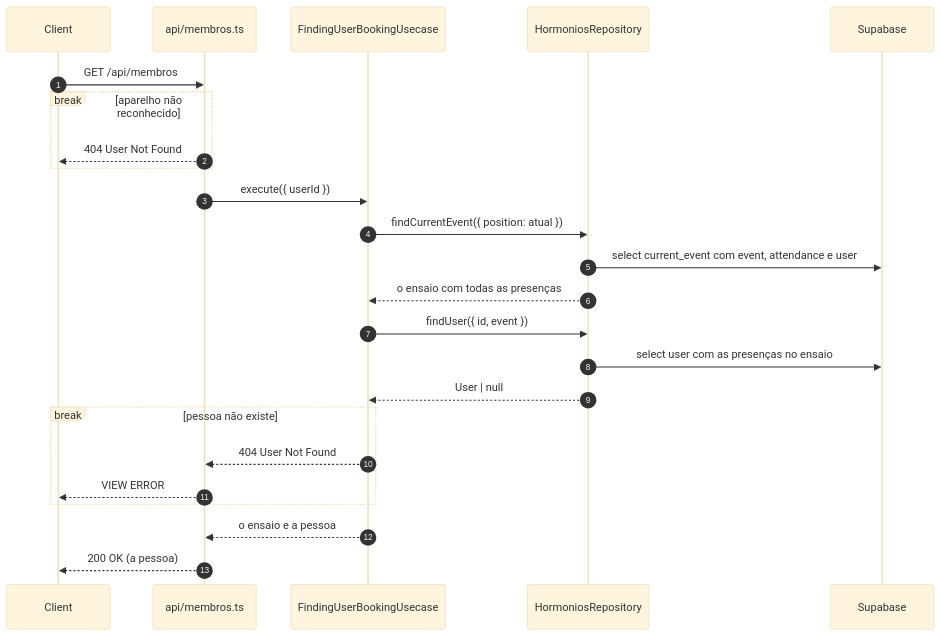
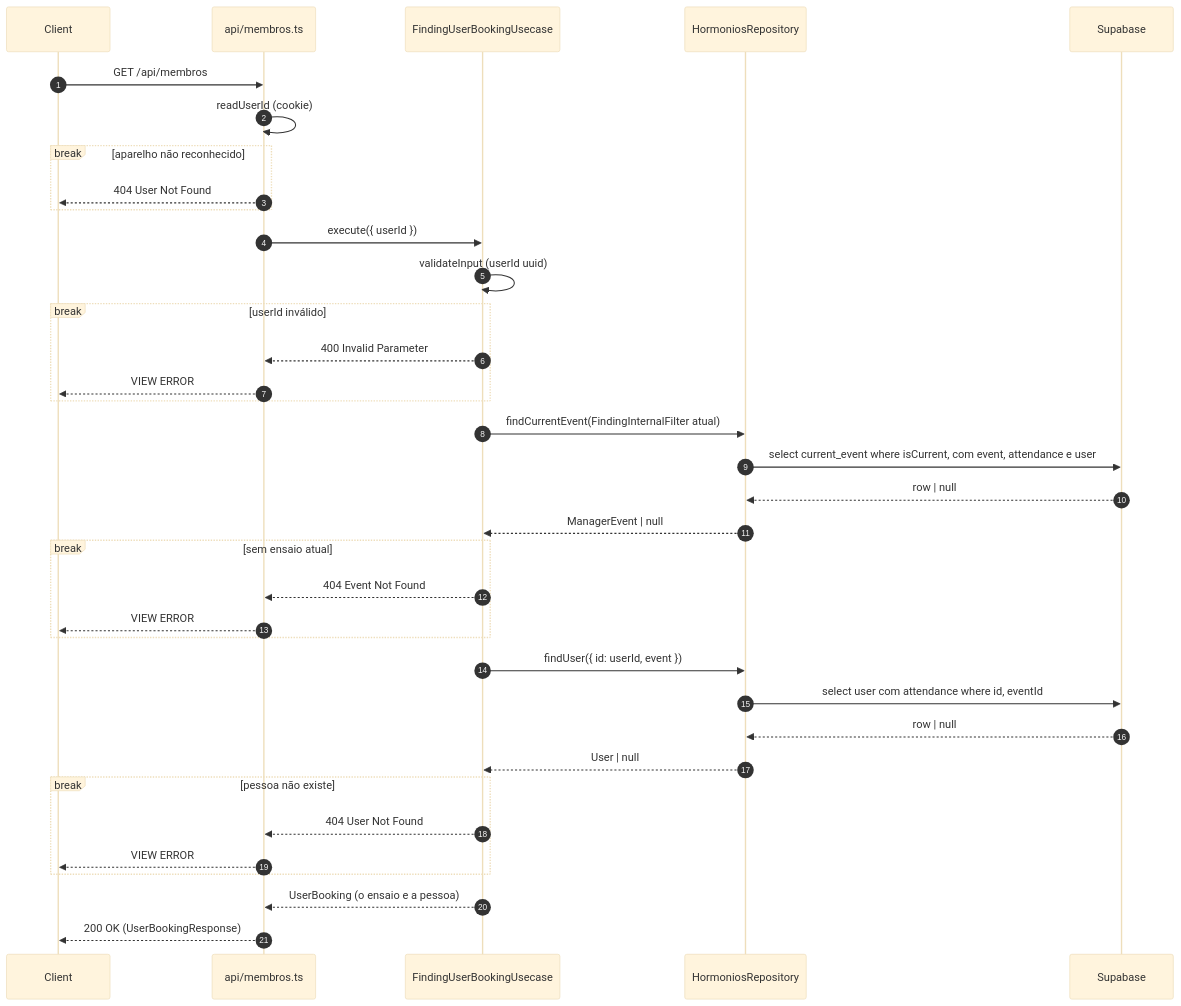
One commit to brubriele/hormonios-garoa changed the third of 5 diagrams in docs/usecases/reservas.md. Above: the diagram before and after it, drawn with Mermaid (base theme). The commit also changed other lines of this file and 4 other files, not shown here.

First line of the commit message:
docs: diagramas de sequência dos usecases no formato da skill sequence-diagram

````diff
--- a/docs/usecases/reservas.md
+++ b/docs/usecases/reservas.md
@@ -91,27 +114,39 @@
 ```mermaid
 sequenceDiagram
     autonumber
     participant C as Client
     participant APP as api/membros.ts
     participant UC as FindingUserBookingUsecase
     participant HR as HormoniosRepository
     participant DB as Supabase
 
     C->>APP: GET /api/membros
+    APP->>APP: readUserId (cookie)
     break aparelho não reconhecido
         APP-->>C: 404 User Not Found
     end
     APP->>UC: execute({ userId })
-    UC->>HR: findCurrentEvent({ position: atual })
-    HR->>DB: select current_event com event, attendance e user
-    HR-->>UC: o ensaio com todas as presenças
-    UC->>HR: findUser({ id, event })
-    HR->>DB: select user com as presenças no ensaio
+    UC->>UC: validateInput (userId uuid)
+    break userId inválido
+        UC-->>APP: 400 Invalid Parameter
+        APP-->>C: VIEW ERROR
+    end
+    UC->>HR: findCurrentEvent(FindingInternalFilter atual)
+    HR->>DB: select current_event where isCurrent, com event, attendance e user
+    DB-->>HR: row | null
+    HR-->>UC: ManagerEvent | null
+    break sem ensaio atual
+        UC-->>APP: 404 Event Not Found
+        APP-->>C: VIEW ERROR
+    end
+    UC->>HR: findUser({ id: userId, event })
+    HR->>DB: select user com attendance where id, eventId
+    DB-->>HR: row | null
     HR-->>UC: User | null
     break pessoa não existe
         UC-->>APP: 404 User Not Found
         APP-->>C: VIEW ERROR
     end
-    UC-->>APP: o ensaio e a pessoa
-    APP-->>C: 200 OK (a pessoa)
+    UC-->>APP: UserBooking (o ensaio e a pessoa)
+    APP-->>C: 200 OK (UserBookingResponse)
 ```
````
